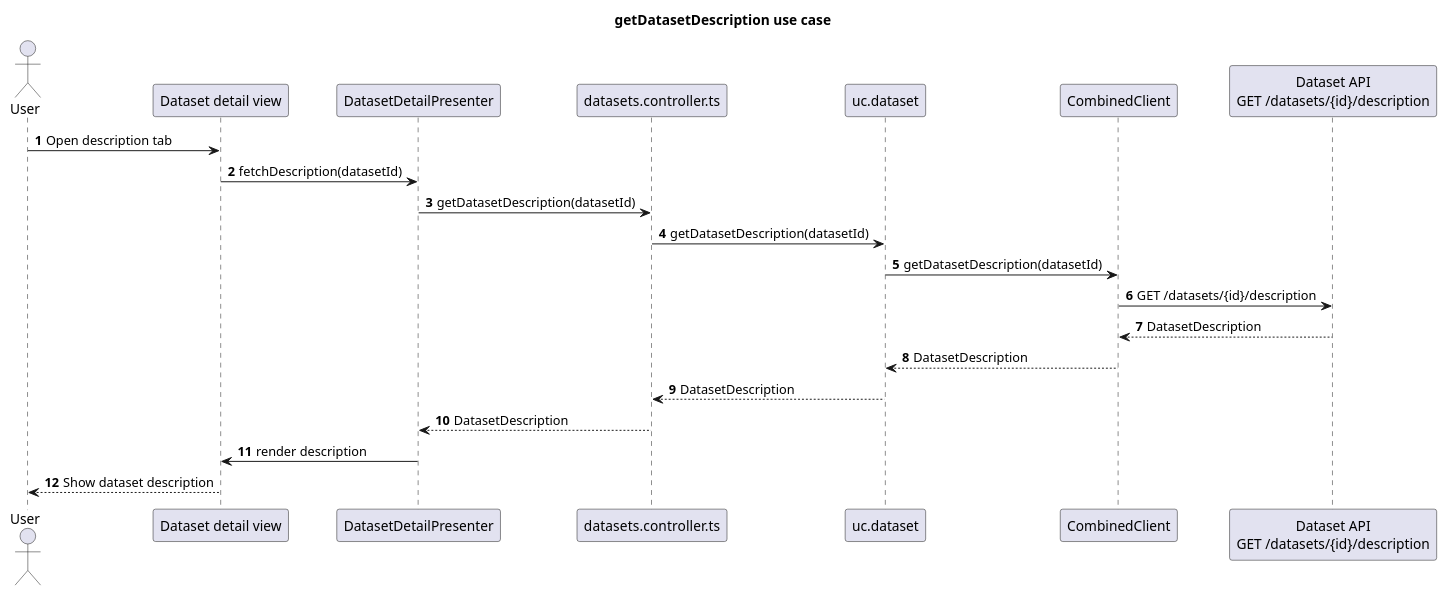
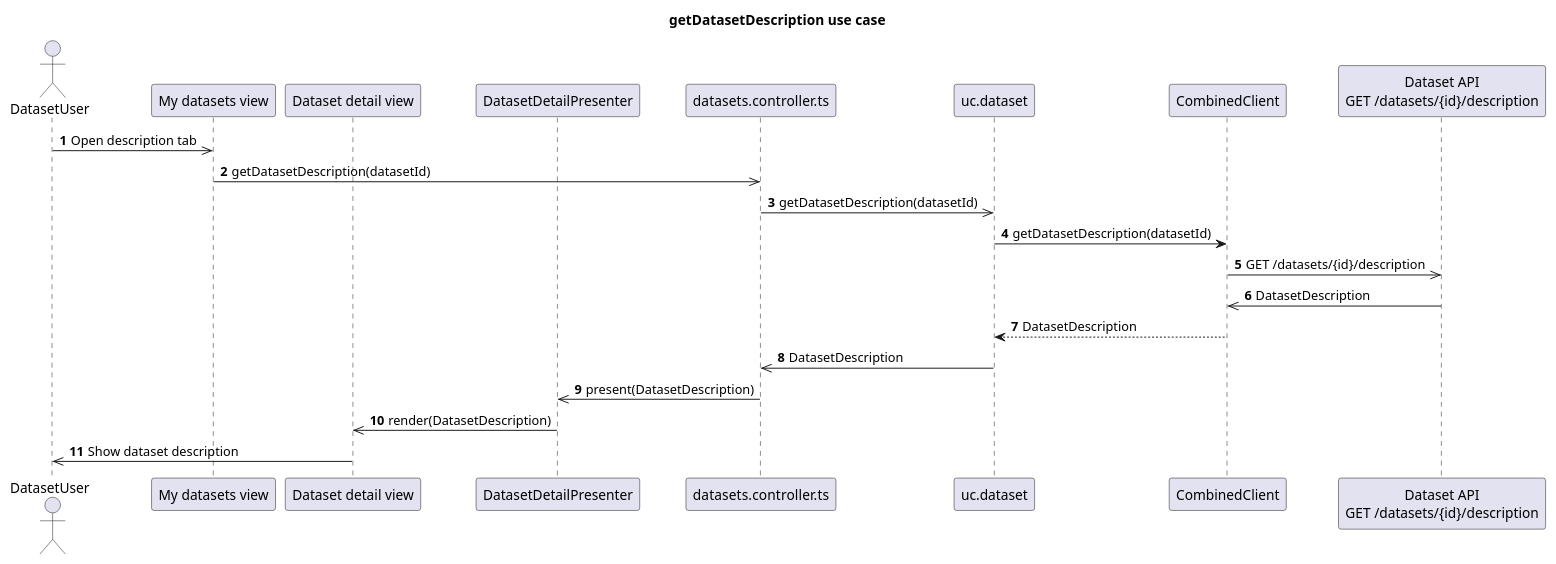
Before and after one commit to POP2025-EEPW/doorce-frontend: the diagram in diagrams/sequence/getDatasetDescription.puml, drawn with PlantUML. The commit also changed 3 other files, not shown here.

Commit message:
fix: group 2 diagrams - list and get functions

```diff
--- a/diagrams/sequence/getDatasetDescription.puml
+++ b/diagrams/sequence/getDatasetDescription.puml
@@ -1,27 +1,27 @@
 @startuml
 title getDatasetDescription use case
 autonumber
 
-actor User
+actor DatasetUser as User
 
+participant "My datasets view" as DatasetsView
 participant "Dataset detail view" as View
 participant "DatasetDetailPresenter" as Presenter
 participant "datasets.controller.ts" as Controller
 participant "uc.dataset" as UseCase
 participant "CombinedClient" as Client
 participant "Dataset API\nGET /datasets/{id}/description" as Http
 
-User -> View : Open description tab
-View -> Presenter : fetchDescription(datasetId)
-Presenter -> Controller : getDatasetDescription(datasetId)
-Controller -> UseCase : getDatasetDescription(datasetId)
+User ->> DatasetsView : Open description tab
+DatasetsView ->> Controller : getDatasetDescription(datasetId)
+Controller ->> UseCase : getDatasetDescription(datasetId)
 UseCase -> Client : getDatasetDescription(datasetId)
-Client -> Http : GET /datasets/{id}/description
-Http --> Client : DatasetDescription
+Client ->> Http : GET /datasets/{id}/description
+Http ->> Client : DatasetDescription
 Client --> UseCase : DatasetDescription
-UseCase --> Controller : DatasetDescription
-Controller --> Presenter : DatasetDescription
-Presenter -> View : render description
-View --> User : Show dataset description
+UseCase ->> Controller : DatasetDescription
+Controller ->> Presenter : present(DatasetDescription)
+Presenter ->> View : render(DatasetDescription)
+View ->> User : Show dataset description
 
 @enduml
```
